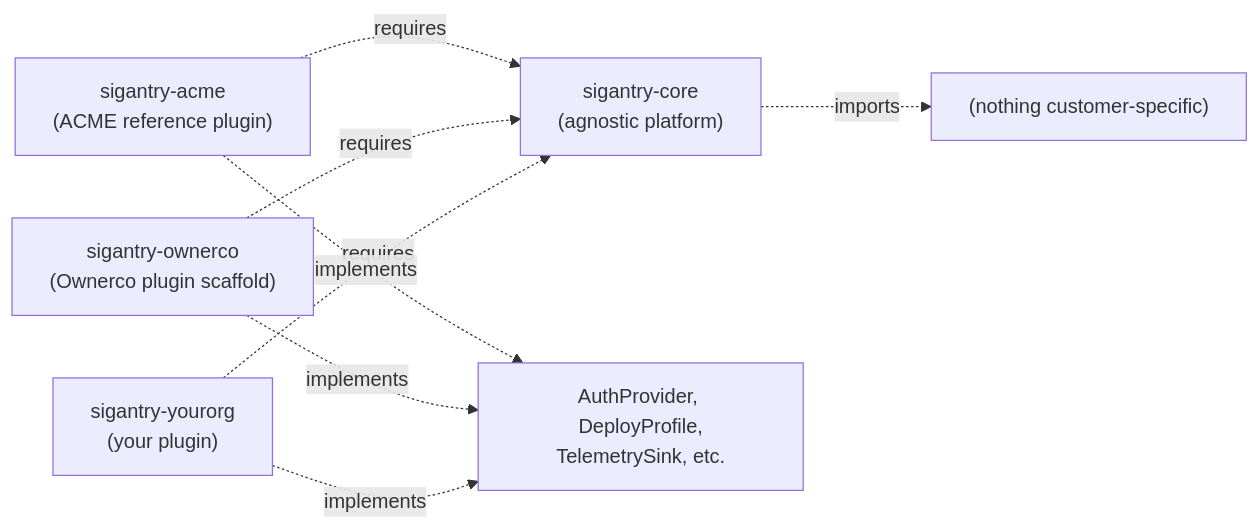
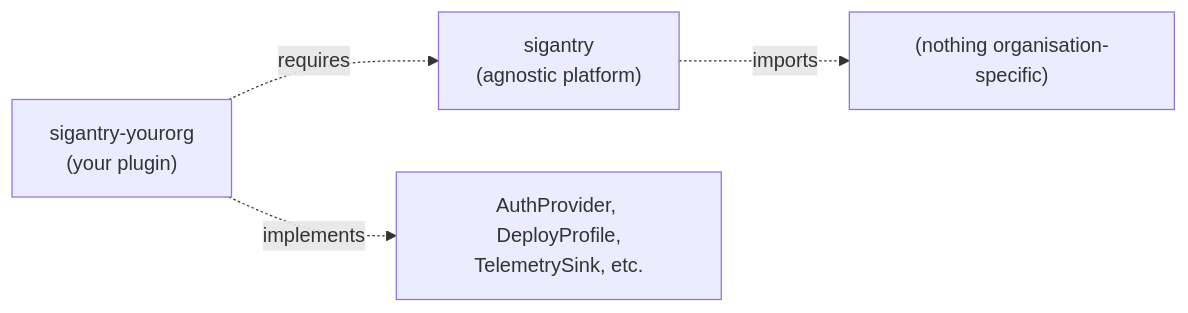
The second of 11 diagrams in docs/USER-GUIDE.md (Bralabee/sigantry), drawn with Mermaid before and after one commit. The commit also changed other lines of this file and 20 other files, not shown here.

````diff
--- a/docs/USER-GUIDE.md
+++ b/docs/USER-GUIDE.md
@@ -211,14 +208,8 @@
 ```mermaid
 graph LR
-    A["sigantry-core<br/>(agnostic platform)"]
-    B["sigantry-acme<br/>(ACME reference plugin)"]
-    C["sigantry-ownerco<br/>(Ownerco plugin scaffold)"]
+    A["sigantry<br/>(agnostic platform)"]
     D["sigantry-yourorg<br/>(your plugin)"]
-    A -.imports.-> NIL["(nothing customer-specific)"]
-    B -.requires.-> A
-    C -.requires.-> A
+    A -.imports.-> NIL["(nothing organisation-specific)"]
     D -.requires.-> A
-    B -.implements.-> S1["AuthProvider, DeployProfile,<br/>TelemetrySink, etc."]
-    C -.implements.-> S1
-    D -.implements.-> S1
+    D -.implements.-> S1["AuthProvider, DeployProfile,<br/>TelemetrySink, etc."]
 ```
````
